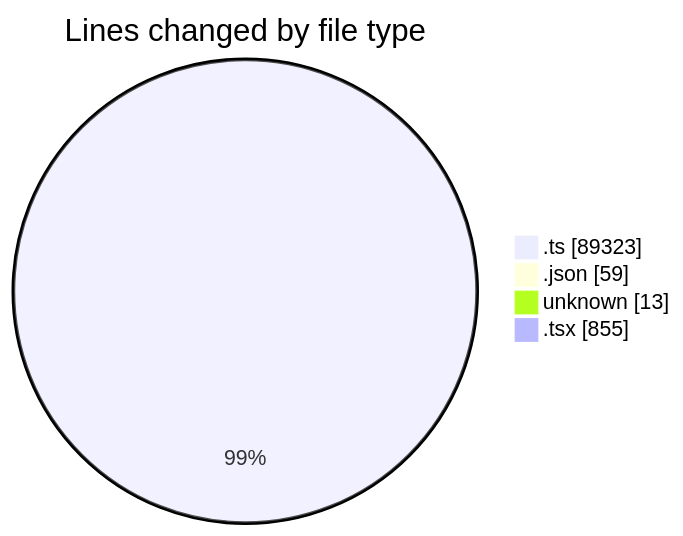
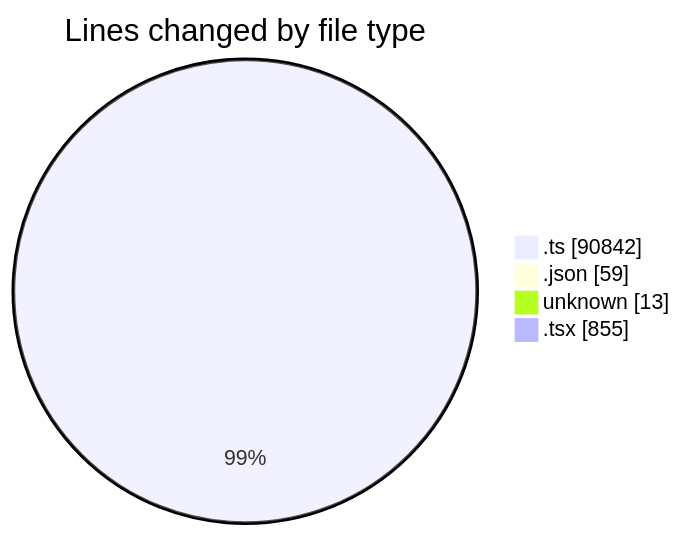
The first of 2 diagrams in 2025-09-09/cda/README.md (momahboobian/code-tracking), drawn with Mermaid before and after one commit. The commit also changed other lines of this file and 1 other file, not shown here.

````diff
--- a/2025-09-09/cda/README.md
+++ b/2025-09-09/cda/README.md
@@ -132,8 +133,8 @@
 ```mermaid
 pie showData
 title Lines changed by file type
-".ts" : 89323
+".ts" : 90842
 ".json" : 59
 "unknown" : 13
 ".tsx" : 855
 ```
````
